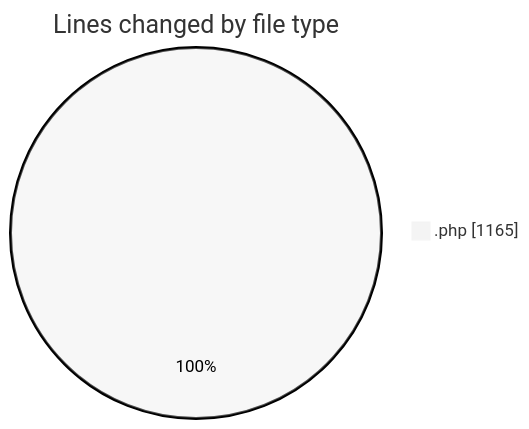
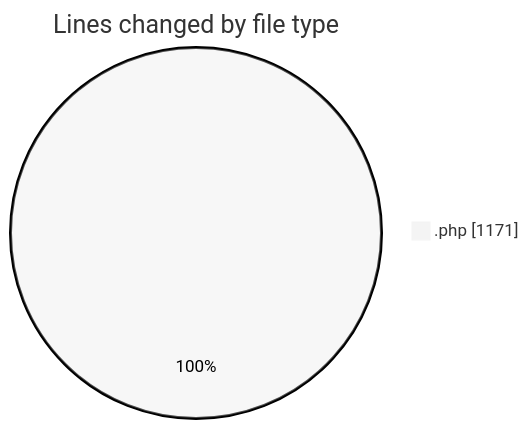
One commit to debugP/code-tracking changed the first of 2 diagrams in 2025-10-15/untitled__workspace_/README.md. Above: the diagram before and after it, drawn with Mermaid (neutral theme). The commit also changed other lines of this file and 1 other file, not shown here.

````diff
--- a/2025-10-15/untitled__workspace_/README.md
+++ b/2025-10-15/untitled__workspace_/README.md
@@ -20,5 +20,5 @@
 ```mermaid
 pie showData
 title Lines changed by file type
-".php" : 1165
+".php" : 1171
 ```
````
